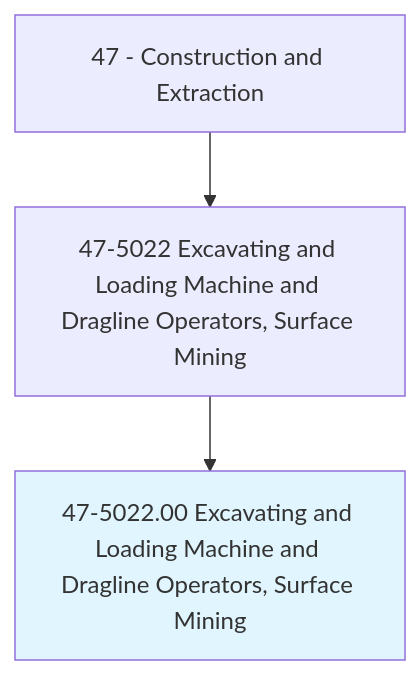
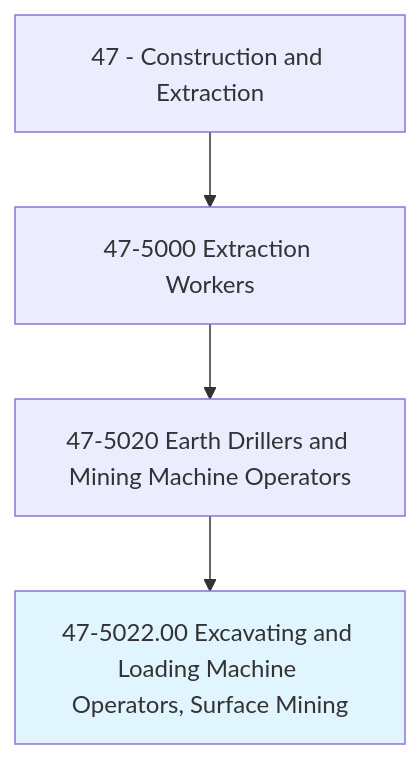
Before and after one commit to kziemski/business.org.ai: the first of 4 diagrams in occupations/Construction/ExcavatingAndLoadingMachineAndDraglineOperatorsSurfaceMining.mdx, drawn with Mermaid. The commit also changed other lines of this file and 938 other files, not shown here.

````diff
--- a/occupations/Construction/ExcavatingAndLoadingMachineAndDraglineOperatorsSurfaceMining.mdx
+++ b/occupations/Construction/ExcavatingAndLoadingMachineAndDraglineOperatorsSurfaceMining.mdx
@@ -19,6 +23,7 @@
 ```mermaid
 graph TD
-    Cat47["47 - Construction and Extraction"] --> Group475022["47-5022 Excavating and Loading Machine and Dragline Operators, Surface Mining"]
-    Group475022 --> Current["47-5022.00 Excavating and Loading Machine and Dragline Operators, Surface Mining"]
+    Cat47["47 - Construction and Extraction"] --> Group475["47-5000 Extraction Workers"]
+    Group475 --> Group4750["47-5020 Earth Drillers and Mining Machine Operators"]
+    Group4750 --> Current["47-5022.00 Excavating and Loading Machine Operators, Surface Mining"]
     style Current fill:#e1f5fe
 ```
````
